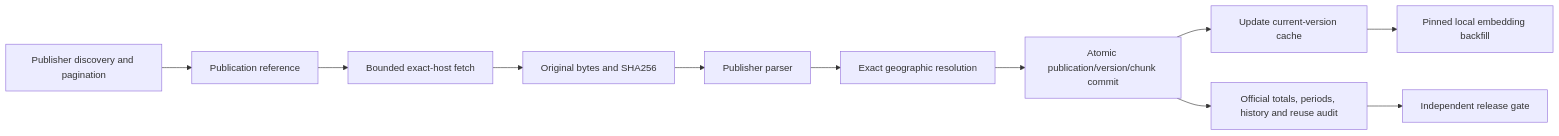
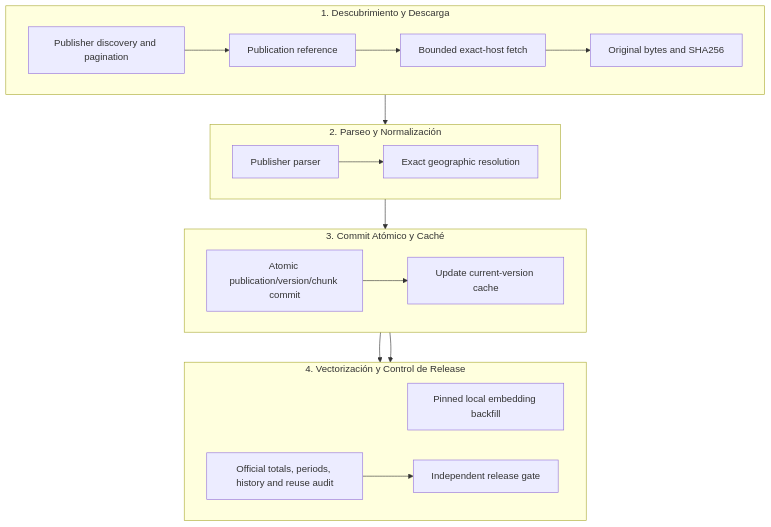
The fourth of 5 diagrams in LAYA_Juridico_Codex_2026/docs/DEVELOPER_GUIDE.md (DevilUpperCase/laya-ai-spanish-laws), drawn with Mermaid before and after one commit. The commit also changed 10 other files, not shown here.

Commit message:
ADD: FLOWCHARTS and README.md

````diff
--- a/LAYA_Juridico_Codex_2026/docs/DEVELOPER_GUIDE.md
+++ b/LAYA_Juridico_Codex_2026/docs/DEVELOPER_GUIDE.md
@@ -87,13 +87,23 @@
 ```mermaid
-flowchart LR
-  Discover[Publisher discovery and pagination] --> Ref[Publication reference]
-  Ref --> Fetch[Bounded exact-host fetch]
-  Fetch --> Original[Original bytes and SHA256]
-  Original --> Parse[Publisher parser]
-  Parse --> Geo[Exact geographic resolution]
-  Geo --> Commit[Atomic publication/version/chunk commit]
-  Commit --> Cache[Update current-version cache]
-  Cache --> Index[Pinned local embedding backfill]
-  Commit --> Reconcile[Official totals, periods, history and reuse audit]
-  Reconcile --> Gate[Independent release gate]
+flowchart TD
+  subgraph Descubrimiento["1. Descubrimiento y Descarga"]
+    direction LR
+    Discover[Publisher discovery and pagination] --> Ref[Publication reference] --> Fetch[Bounded exact-host fetch] --> Original[Original bytes and SHA256]
+  end
+
+  subgraph Procesamiento["2. Parseo y Normalización"]
+    direction LR
+    Original --> Parse[Publisher parser] --> Geo[Exact geographic resolution]
+  end
+
+  subgraph Persistencia["3. Commit Atómico y Caché"]
+    direction LR
+    Geo --> Commit[Atomic publication/version/chunk commit] --> Cache[Update current-version cache]
+  end
+
+  subgraph Auditoria["4. Vectorización y Control de Release"]
+    direction LR
+    Commit --> Index[Pinned local embedding backfill]
+    Commit --> Reconcile[Official totals, periods, history and reuse audit] --> Gate[Independent release gate]
+  end
 ```
````
